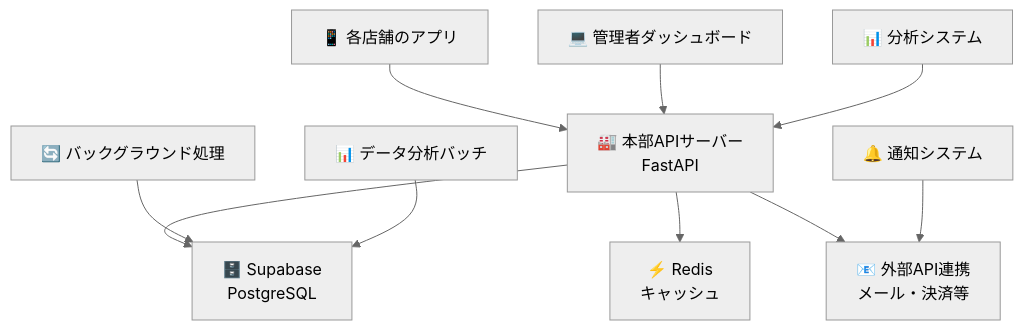
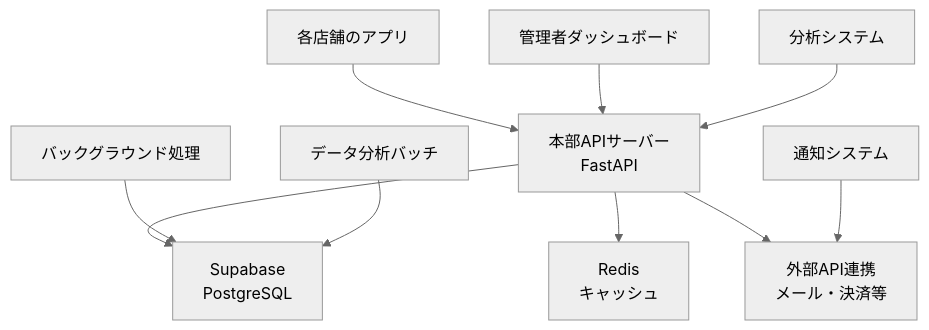
The first of 4 diagrams in docs/chapters/chapter05-1/index.md (itdojp/supabase-architecture-patterns-book), drawn with Mermaid (neutral theme) before and after one commit. The commit also changed other lines of this file and 49 other files, not shown here.

````diff
--- a/docs/chapters/chapter05-1/index.md
+++ b/docs/chapters/chapter05-1/index.md
@@ -57,14 +57,14 @@
 ```mermaid
 flowchart TD
-    A[📱 各店舗のアプリ] --> B[🏭 本部APIサーバー<br/>FastAPI]
-    C[💻 管理者ダッシュボード] --> B
-    D[📊 分析システム] --> B
+    A[ 各店舗のアプリ] --> B[ 本部APIサーバー<br/>FastAPI]
+    C[ 管理者ダッシュボード] --> B
+    D[ 分析システム] --> B
     
-    B --> E[🗄️ Supabase<br/>PostgreSQL]
-    B --> F[⚡ Redis<br/>キャッシュ]
-    B --> G[📧 外部API連携<br/>メール・決済等]
+    B --> E[ Supabase<br/>PostgreSQL]
+    B --> F[ Redis<br/>キャッシュ]
+    B --> G[ 外部API連携<br/>メール・決済等]
     
-    H[🔄 バックグラウンド処理] --> E
-    I[📊 データ分析バッチ] --> E
-    J[🔔 通知システム] --> G
+    H[ バックグラウンド処理] --> E
+    I[ データ分析バッチ] --> E
+    J[ 通知システム] --> G
 ```
````
